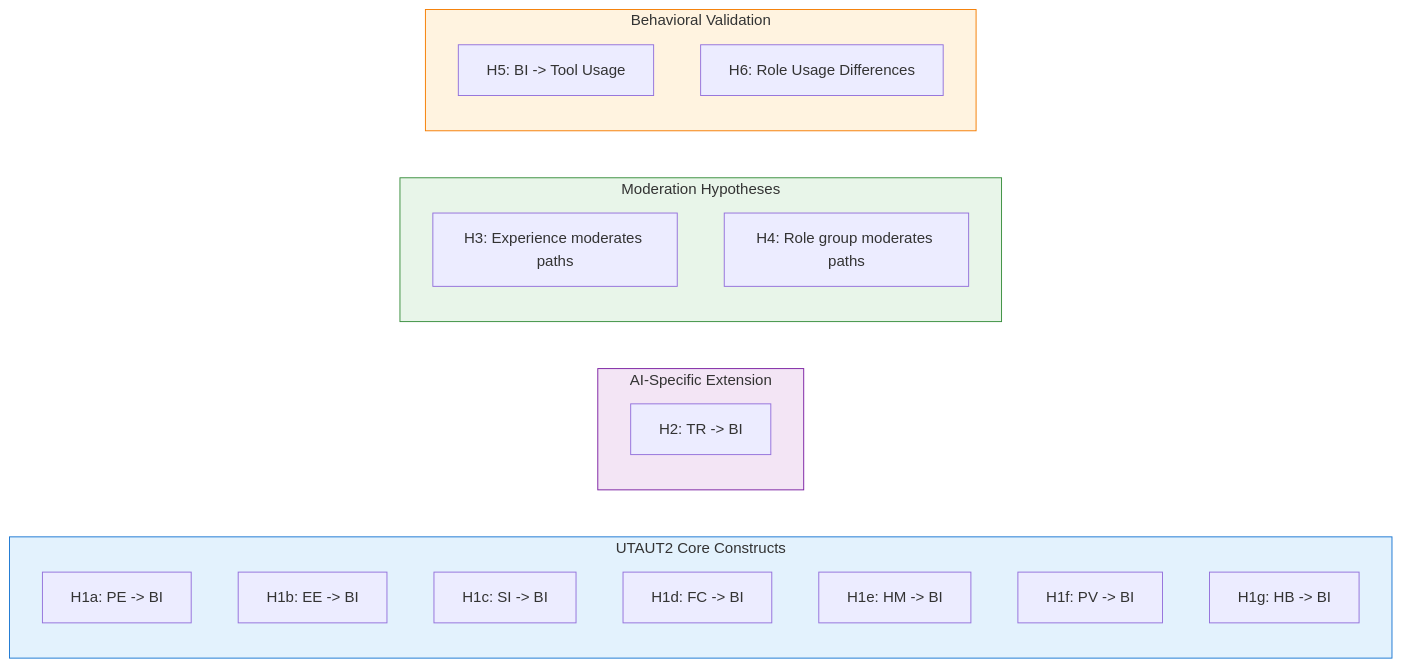
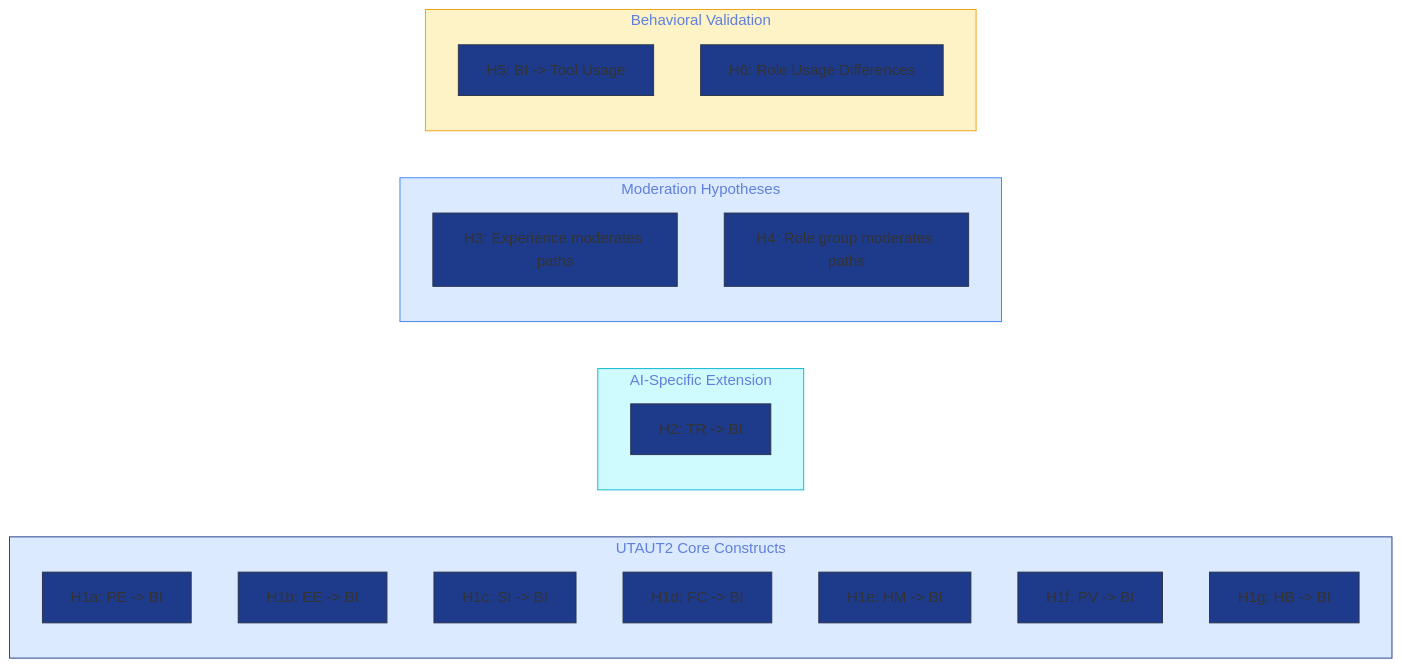
Before and after one commit to fabioc-aloha/AIRS_Data_Analysis: the third of 3 diagrams in thesis-v2/manuscript/chapters/02_literature_review.md, drawn with Mermaid. The commit also changed 13 other files, not shown here.

Commit message:
thesis-v2: apply project palette (#1e3a8a, #3b82f6, #06b6d4, #f59e0b) to Mermaid diagrams

````diff
--- a/thesis-v2/manuscript/chapters/02_literature_review.md
+++ b/thesis-v2/manuscript/chapters/02_literature_review.md
@@ -336,31 +336,32 @@
 ```mermaid
+%%{init: {'theme': 'base', 'themeVariables': {'primaryColor': '#1e3a8a', 'lineColor': '#3b82f6'}}}%%
 flowchart LR
     subgraph UTAUT2["UTAUT2 Core Constructs"]
         H1a["H1a: PE -> BI"]
         H1b["H1b: EE -> BI"]
         H1c["H1c: SI -> BI"]
         H1d["H1d: FC -> BI"]
         H1e["H1e: HM -> BI"]
         H1f["H1f: PV -> BI"]
         H1g["H1g: HB -> BI"]
     end
 
     subgraph AIExtension["AI-Specific Extension"]
         H2["H2: TR -> BI"]
     end
 
     subgraph Moderation["Moderation Hypotheses"]
         H3["H3: Experience moderates paths"]
         H4["H4: Role group moderates paths"]
     end
 
     subgraph Validation["Behavioral Validation"]
         H5["H5: BI -> Tool Usage"]
         H6["H6: Role Usage Differences"]
     end
 
-    style UTAUT2 fill:#e3f2fd,stroke:#1976d2
-    style AIExtension fill:#f3e5f5,stroke:#7b1fa2
-    style Moderation fill:#e8f5e9,stroke:#388e3c
-    style Validation fill:#fff3e0,stroke:#f57c00
+    style UTAUT2 fill:#dbeafe,stroke:#1e3a8a
+    style AIExtension fill:#cffafe,stroke:#06b6d4
+    style Moderation fill:#dbeafe,stroke:#3b82f6
+    style Validation fill:#fef3c7,stroke:#f59e0b
 ```
````
